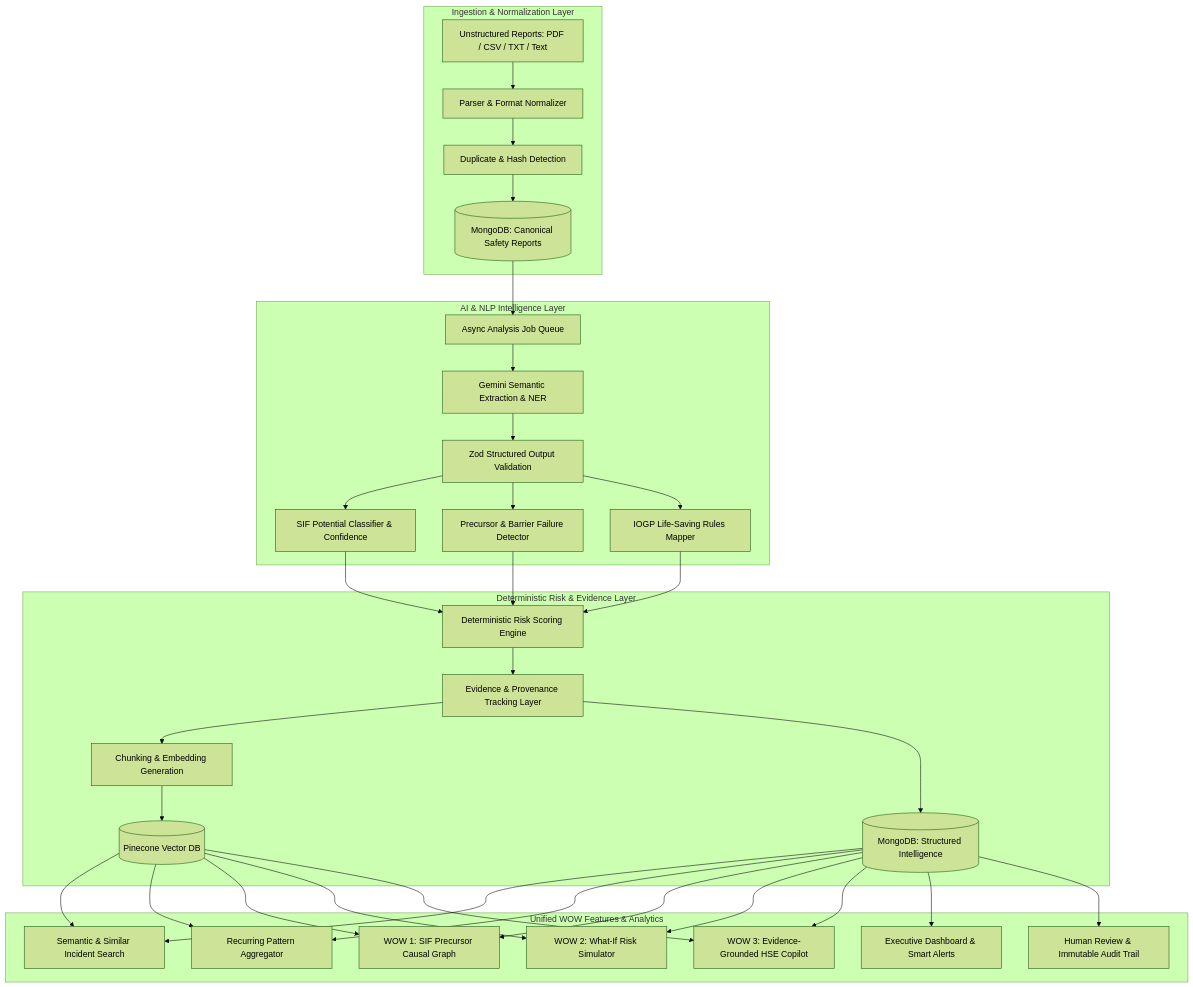
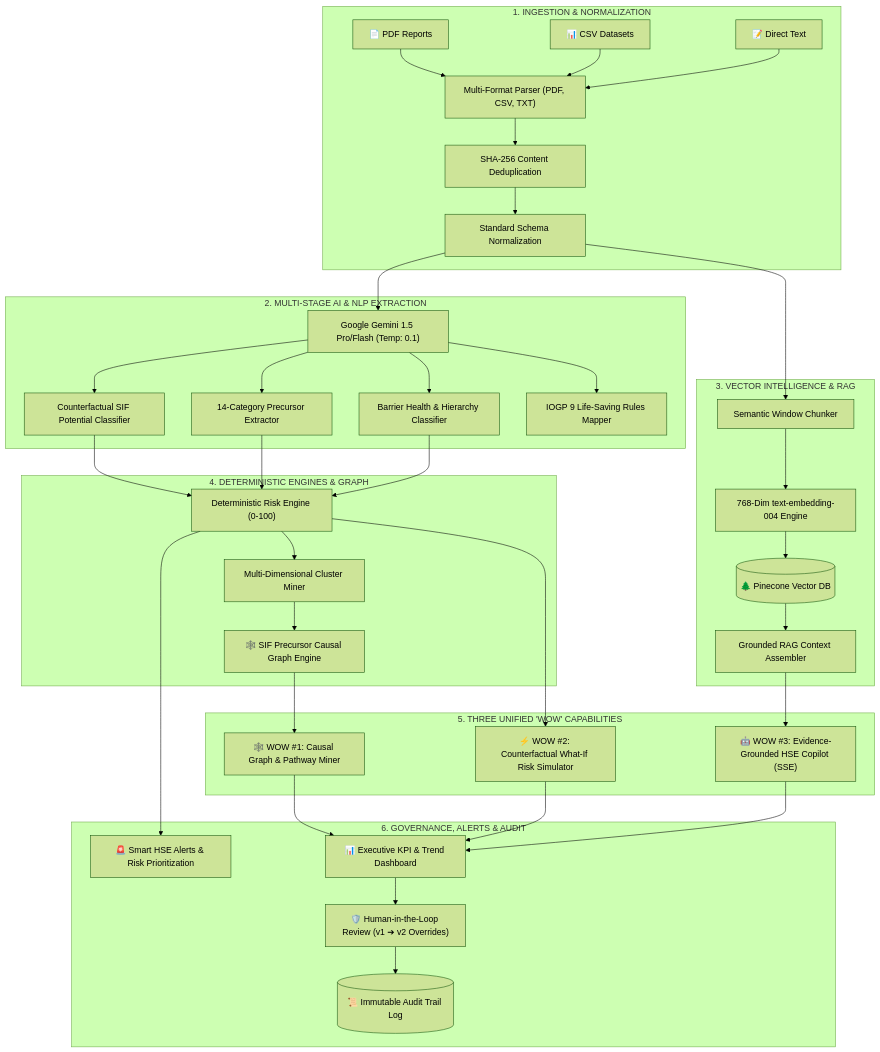
The diagram in README.md (rajkushwaha-01/SIH-Hackathon), drawn with Mermaid (forest theme) before and after one commit. The commit also changed other lines of this file and 1 other file, not shown here.

````diff
--- a/README.md
+++ b/README.md
@@ -15,35 +31,44 @@
 ```mermaid
-flowchart TD
-    subgraph Ingestion ["Ingestion & Normalization Layer"]
-        A[Unstructured Reports: PDF / CSV / TXT / Text] --> B[Parser & Format Normalizer]
-        B --> C[Duplicate & Hash Detection]
-        C --> D[(MongoDB: Canonical Safety Reports)]
+flowchart TB
+    subgraph INGESTION["1. INGESTION & NORMALIZATION"]
+        PDF["📄 PDF Reports"] --> PARSER["Multi-Format Parser (PDF, CSV, TXT)"]
+        CSV["📊 CSV Datasets"] --> PARSER
+        TXT["📝 Direct Text"] --> PARSER
+        PARSER --> DEDUP["SHA-256 Content Deduplication"]
+        DEDUP --> NORM["Standard Schema Normalization"]
     end
 
-    subgraph AI_Pipeline ["AI & NLP Intelligence Layer"]
-        D --> E[Async Analysis Job Queue]
-        E --> F[Gemini Semantic Extraction & NER]
-        F --> G[Zod Structured Output Validation]
-        G --> H[SIF Potential Classifier & Confidence]
-        G --> I[Precursor & Barrier Failure Detector]
-        G --> J[IOGP Life-Saving Rules Mapper]
+    subgraph NLP_PIPELINE["2. MULTI-STAGE AI & NLP EXTRACTION"]
+        NORM --> GEMINI["Google Gemini 1.5 Pro/Flash (Temp: 0.1)"]
+        GEMINI --> SIF_CLASS["Counterfactual SIF Potential Classifier"]
+        GEMINI --> PREC_TAX["14-Category Precursor Extractor"]
+        GEMINI --> BARRIER_DET["Barrier Health & Hierarchy Classifier"]
+        GEMINI --> LSR_MAP["IOGP 9 Life-Saving Rules Mapper"]
     end
 
-    subgraph Deterministic_Engine ["Deterministic Risk & Evidence Layer"]
-        H & I & J --> K[Deterministic Risk Scoring Engine]
-        K --> L[Evidence & Provenance Tracking Layer]
-        L --> M[Chunking & Embedding Generation]
-        M --> N[(Pinecone Vector DB)]
-        L --> O[(MongoDB: Structured Intelligence)]
+    subgraph VECTOR_ENGINE["3. VECTOR INTELLIGENCE & RAG"]
+        NORM --> CHUNKER["Semantic Window Chunker"]
+        CHUNKER --> EMBED["768-Dim text-embedding-004 Engine"]
+        EMBED --> PINECONE[("🌲 Pinecone Vector DB")]
+        PINECONE --> RAG_BUILDER["Grounded RAG Context Assembler"]
     end
 
-    subgraph Core_Applications ["Unified WOW Features & Analytics"]
-        O & N --> P[Semantic & Similar Incident Search]
-        O & N --> Q[Recurring Pattern Aggregator]
-        O & N --> R[WOW 1: SIF Precursor Causal Graph]
-        O & N --> S[WOW 2: What-If Risk Simulator]
-        O & N --> T[WOW 3: Evidence-Grounded HSE Copilot]
-        O --> U[Executive Dashboard & Smart Alerts]
-        O --> V[Human Review & Immutable Audit Trail]
+    subgraph CORE_ENGINES["4. DETERMINISTIC ENGINES & GRAPH"]
+        SIF_CLASS & PREC_TAX & BARRIER_DET --> RISK_MATH["Deterministic Risk Engine (0-100)"]
+        RISK_MATH --> PATTERN_MINE["Multi-Dimensional Cluster Miner"]
+        PATTERN_MINE --> CAUSAL_GRAPH["🕸️ SIF Precursor Causal Graph Engine"]
+    end
+
+    subgraph WOW_FEATURES["5. THREE UNIFIED 'WOW' CAPABILITIES"]
+        CAUSAL_GRAPH --> WOW1["🕸️ WOW #1: Causal Graph & Pathway Miner"]
+        RISK_MATH --> WOW2["⚡ WOW #2: Counterfactual What-If Risk Simulator"]
+        RAG_BUILDER --> WOW3["🤖 WOW #3: Evidence-Grounded HSE Copilot (SSE)"]
+    end
+
+    subgraph GOVERNANCE["6. GOVERNANCE, ALERTS & AUDIT"]
+        RISK_MATH --> ALERTS["🚨 Smart HSE Alerts & Risk Prioritization"]
+        WOW1 & WOW2 & WOW3 --> DASHBOARD["📊 Executive KPI & Trend Dashboard"]
+        DASHBOARD --> HITL["🛡️ Human-in-the-Loop Review (v1 ➔ v2 Overrides)"]
+        HITL --> AUDIT[("📜 Immutable Audit Trail Log")]
     end
 ```
````
